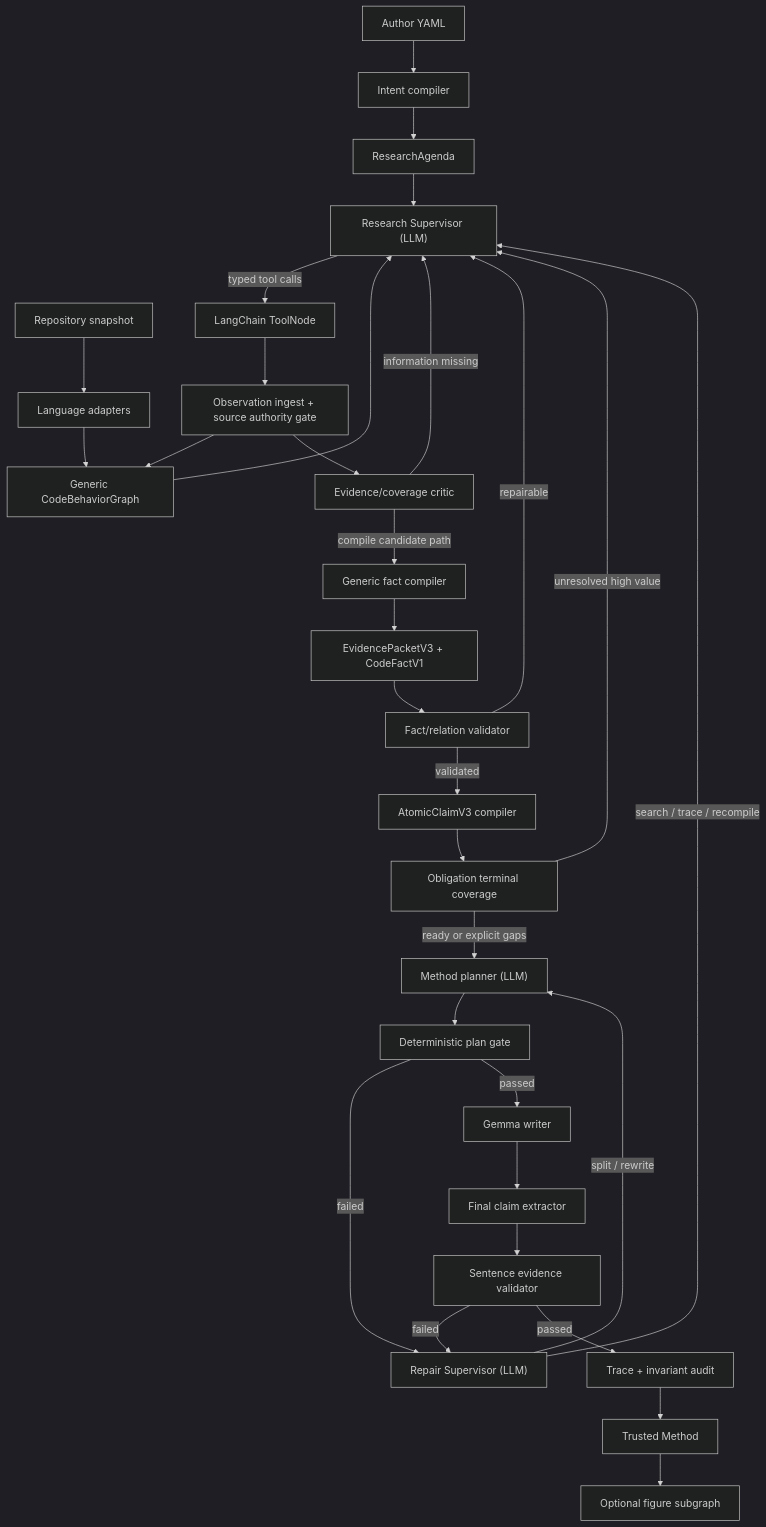
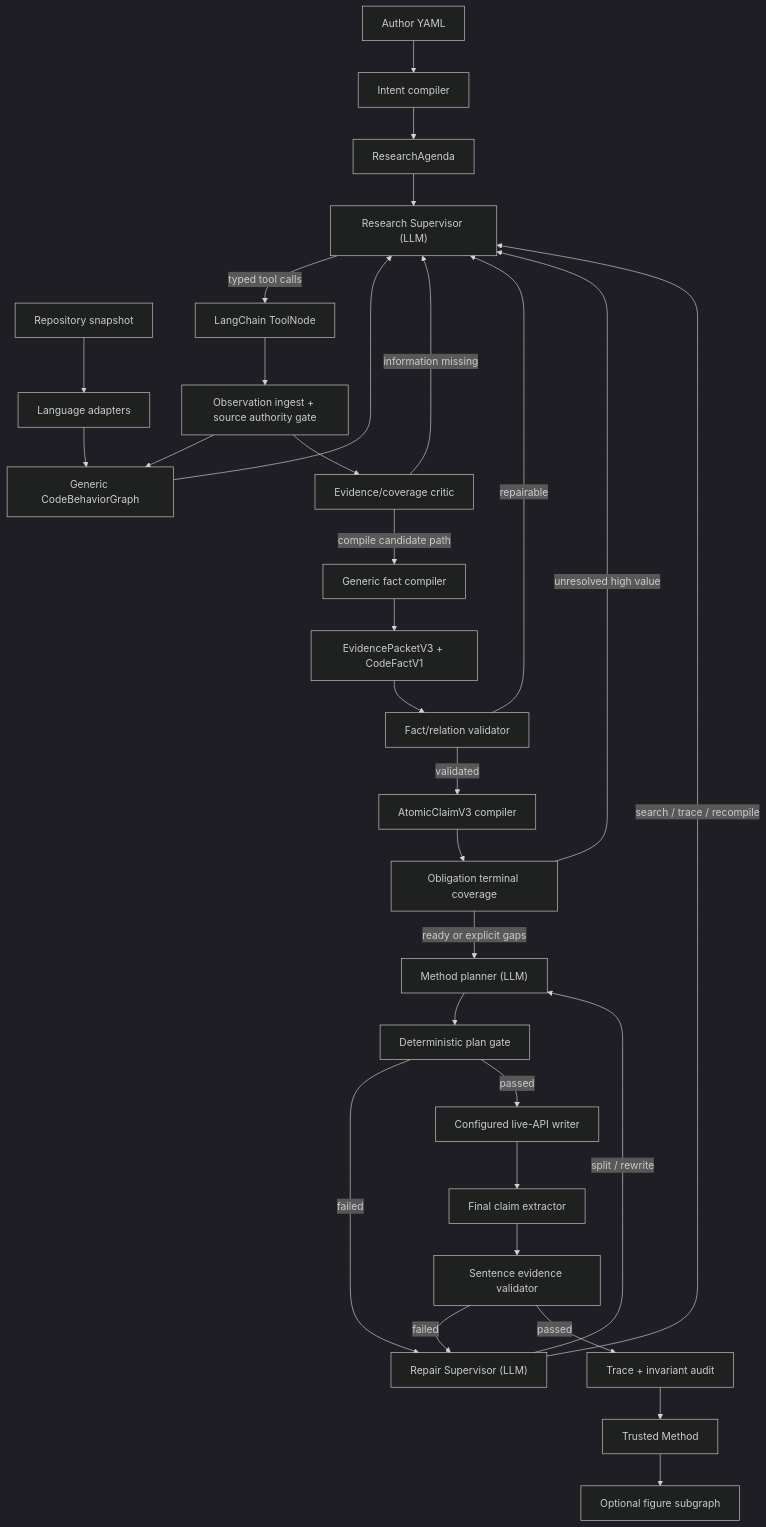
One commit to hjcui98/code2paper changed the diagram in docs/agentic_robust_langgraph_research_writing_design_2026-07-19.md. Above: the diagram before and after it, drawn with Mermaid (dark theme). The commit also changed other lines of this file and 22 other files, not shown here.

````diff
--- a/docs/agentic_robust_langgraph_research_writing_design_2026-07-19.md
+++ b/docs/agentic_robust_langgraph_research_writing_design_2026-07-19.md
@@ -92,33 +115,33 @@
 ```mermaid
 flowchart TD
     A["Author YAML"] --> B["Intent compiler"]
     C["Repository snapshot"] --> D["Language adapters"]
     D --> E["Generic CodeBehaviorGraph"]
     B --> F["ResearchAgenda"]
     E --> G["Research Supervisor (LLM)"]
     F --> G
     G -->|"typed tool calls"| H["LangChain ToolNode"]
     H --> I["Observation ingest + source authority gate"]
     I --> E
     I --> J["Evidence/coverage critic"]
     J -->|"information missing"| G
     J -->|"compile candidate path"| K["Generic fact compiler"]
     K --> L["EvidencePacketV3 + CodeFactV1"]
     L --> M["Fact/relation validator"]
     M -->|"repairable"| G
     M -->|"validated"| N["AtomicClaimV3 compiler"]
     N --> O["Obligation terminal coverage"]
     O -->|"unresolved high value"| G
     O -->|"ready or explicit gaps"| P["Method planner (LLM)"]
     P --> Q["Deterministic plan gate"]
     Q -->|"failed"| R["Repair Supervisor (LLM)"]
-    Q -->|"passed"| S["Gemma writer"]
+    Q -->|"passed"| S["Configured live-API writer"]
     S --> T["Final claim extractor"]
     T --> U["Sentence evidence validator"]
     U -->|"failed"| R
     R -->|"search / trace / recompile"| G
     R -->|"split / rewrite"| P
     U -->|"passed"| V["Trace + invariant audit"]
     V --> W["Trusted Method"]
     W --> X["Optional figure subgraph"]
 ```
````
